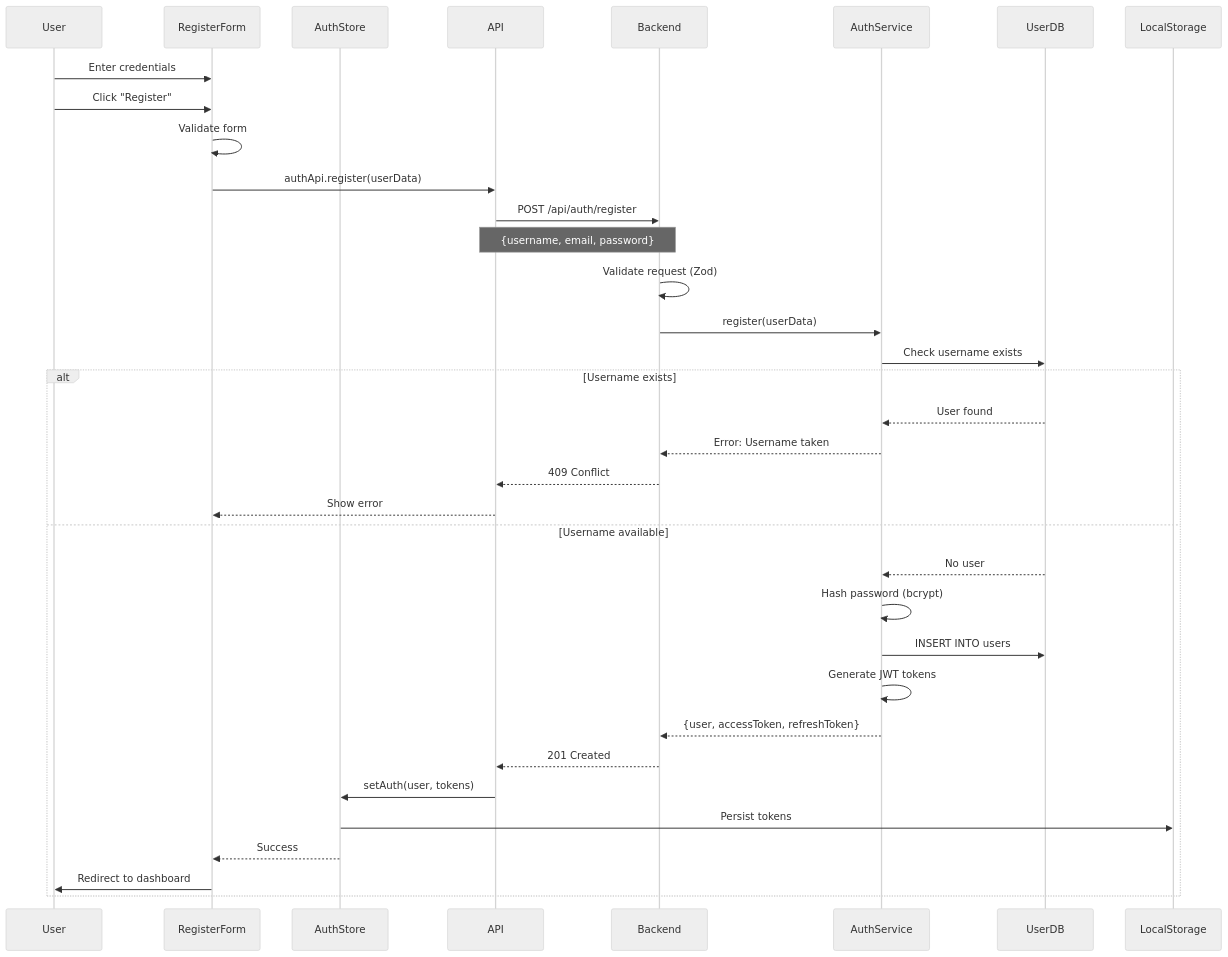
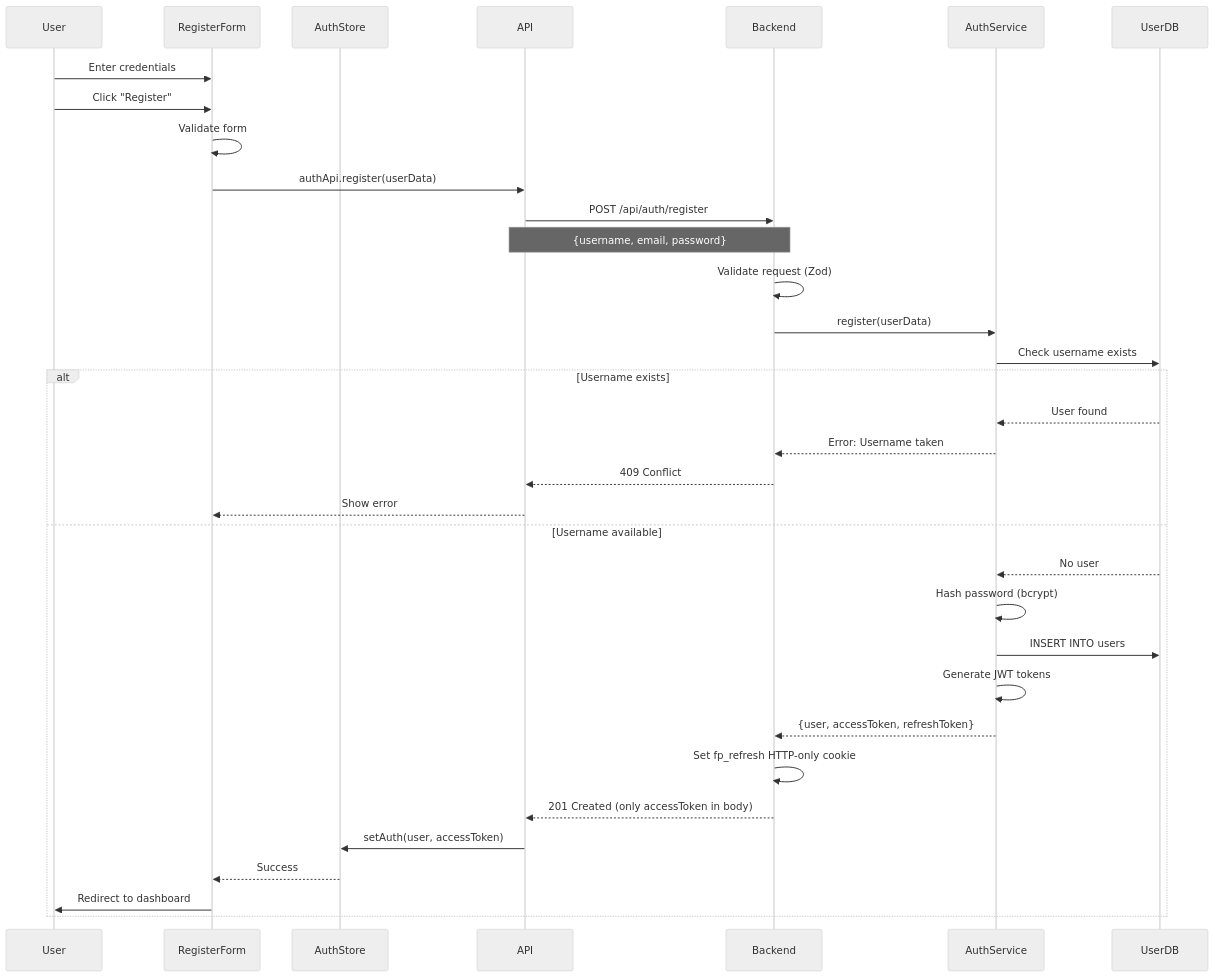
Before and after one commit to darkraise/flashpoint-web: the second of 7 diagrams in docs/02-architecture/authentication-flow.md, drawn with Mermaid (neutral theme). The commit also changed other lines of this file and 252 other files, not shown here.

````diff
--- a/docs/02-architecture/authentication-flow.md
+++ b/docs/02-architecture/authentication-flow.md
@@ -55,42 +57,42 @@
 ```mermaid
 sequenceDiagram
     participant User
     participant RegisterForm
     participant AuthStore
     participant API
     participant Backend
     participant AuthService
     participant UserDB
 
     User->>RegisterForm: Enter credentials
     User->>RegisterForm: Click "Register"
 
     RegisterForm->>RegisterForm: Validate form
     RegisterForm->>API: authApi.register(userData)
 
     API->>Backend: POST /api/auth/register
     Note over API,Backend: {username, email, password}
 
     Backend->>Backend: Validate request (Zod)
     Backend->>AuthService: register(userData)
 
     AuthService->>UserDB: Check username exists
     alt Username exists
         UserDB-->>AuthService: User found
         AuthService-->>Backend: Error: Username taken
         Backend-->>API: 409 Conflict
         API-->>RegisterForm: Show error
     else Username available
         UserDB-->>AuthService: No user
         AuthService->>AuthService: Hash password (bcrypt)
         AuthService->>UserDB: INSERT INTO users
 
         AuthService->>AuthService: Generate JWT tokens
         AuthService-->>Backend: {user, accessToken, refreshToken}
-        Backend-->>API: 201 Created
-        API->>AuthStore: setAuth(user, tokens)
-        AuthStore->>LocalStorage: Persist tokens
+        Backend->>Backend: Set fp_refresh HTTP-only cookie
+        Backend-->>API: 201 Created (only accessToken in body)
+        API->>AuthStore: setAuth(user, accessToken)
         AuthStore-->>RegisterForm: Success
         RegisterForm->>User: Redirect to dashboard
     end
 ```
````
